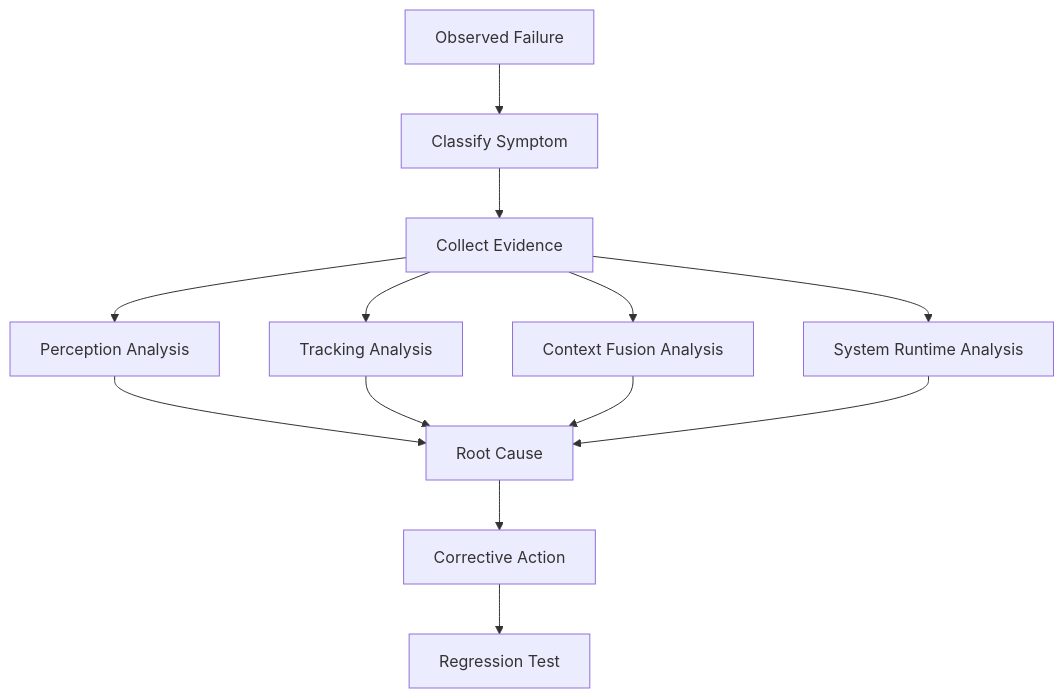
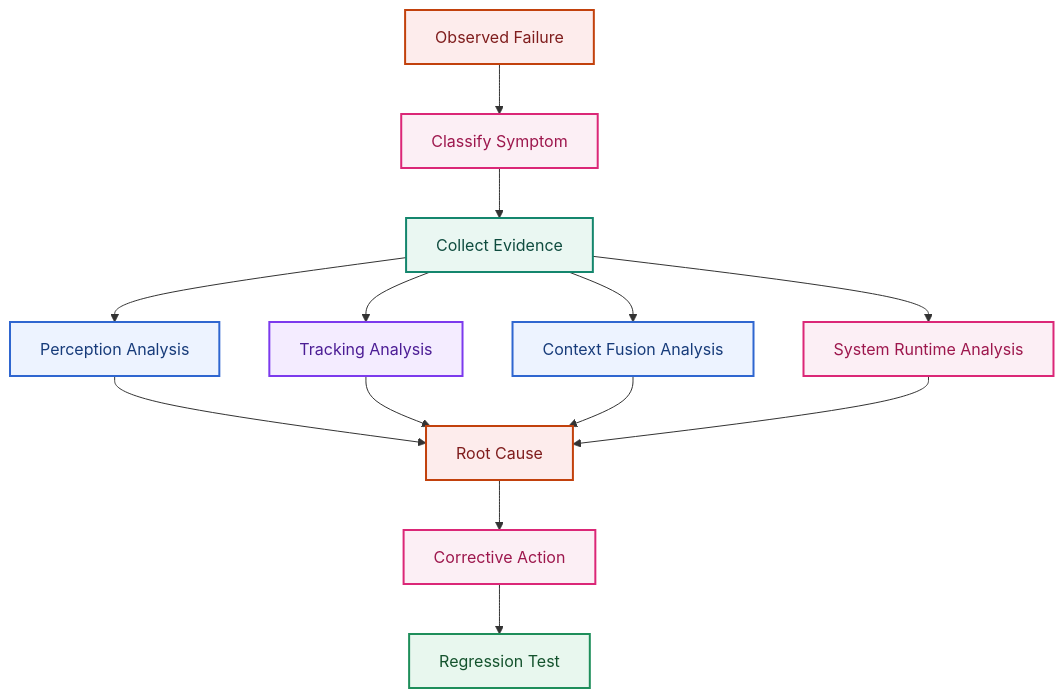
One commit to LeNguyenHaiDuong/adas-tsr changed the sixth of 11 diagrams in research/2.research_tsr_baseline_analysis.md. Above: the diagram before and after it, drawn with Mermaid. The commit also changed other lines of this file and 5 other files, not shown here.

Commit message:
Add mermaid color

````diff
--- a/research/2.research_tsr_baseline_analysis.md
+++ b/research/2.research_tsr_baseline_analysis.md
@@ -454,15 +522,28 @@
 ```mermaid
 flowchart TD
     A[Observed Failure] --> B[Classify Symptom]
     B --> C[Collect Evidence]
     C --> D[Perception Analysis]
     C --> E[Tracking Analysis]
     C --> F[Context Fusion Analysis]
     C --> G[System Runtime Analysis]
     D --> H[Root Cause]
     E --> H
     F --> H
     G --> H
     H --> I[Corrective Action]
     I --> J[Regression Test]
+
+    classDef risk fill:#FDECEC,stroke:#C2410C,color:#7F1D1D,stroke-width:2px;
+    classDef support fill:#FCEFF5,stroke:#DB2777,color:#9D174D,stroke-width:2px;
+    classDef source fill:#EAF7F2,stroke:#14866D,color:#0F4C3F,stroke-width:2px;
+    classDef feature fill:#EDF3FF,stroke:#2F66D0,color:#173B7A,stroke-width:2px;
+    classDef temporal fill:#F4ECFF,stroke:#7C3AED,color:#4C1D95,stroke-width:2px;
+    classDef integration fill:#E8F7EE,stroke:#1E8E5A,color:#14532D,stroke-width:2px;
+    class A,H risk;
+    class B,G,I support;
+    class C source;
+    class D,F feature;
+    class E temporal;
+    class J integration;
 ```
````
